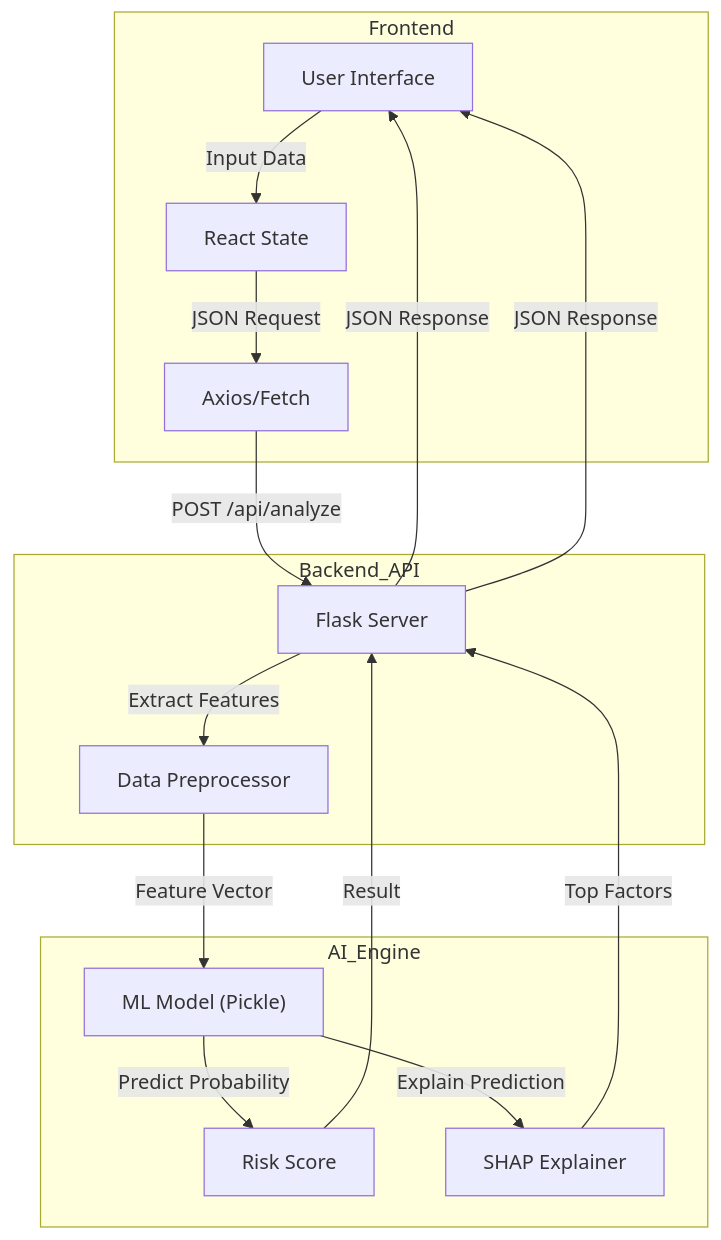
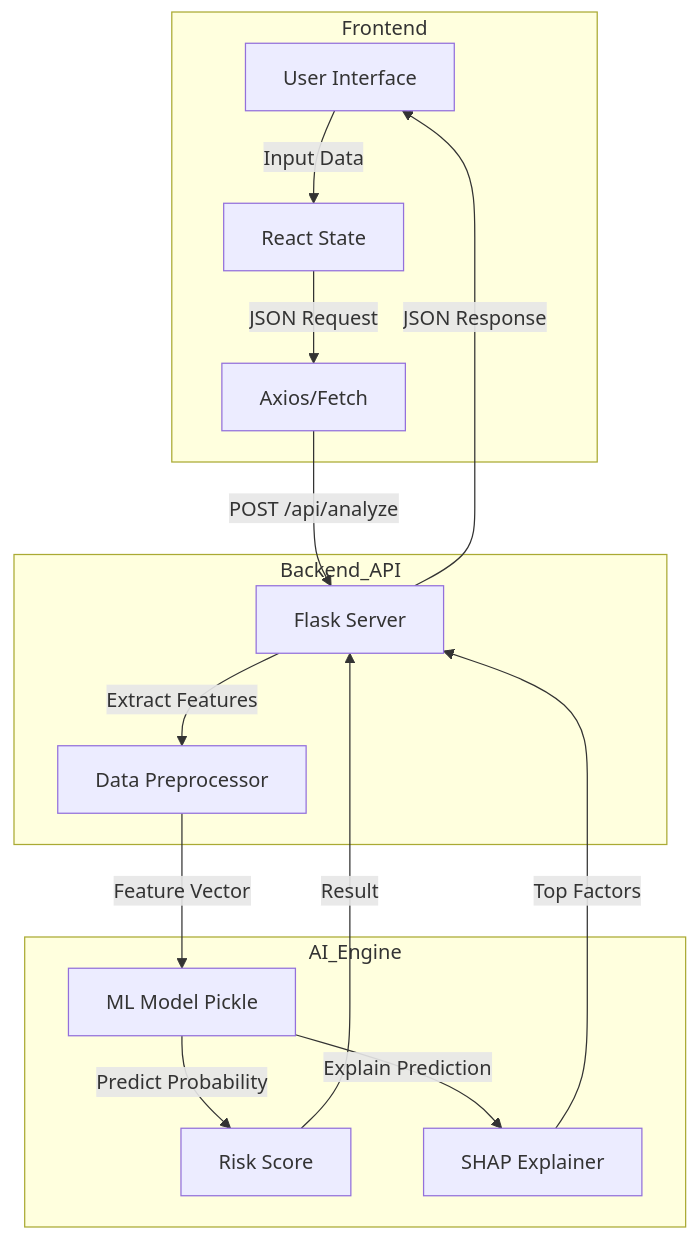
Before and after one commit to EekshaHollaR/Global-Socio-Economic-Dashboard: the fourth of 4 diagrams in PROJECT_REPORT.md, drawn with Mermaid.

Commit message:
Updated report

````diff
--- a/PROJECT_REPORT.md
+++ b/PROJECT_REPORT.md
@@ -186,23 +186,22 @@
 ```mermaid
 graph TD;
     subgraph Frontend
-        UI["User Interface"] -->|Input Data| State["React State"]
-        State -->|JSON Request| API_Client["Axios/Fetch"]
+        UI[User Interface] -->|Input Data| State[React State]
+        State -->|JSON Request| API_Client[Axios/Fetch]
     end
     
     subgraph Backend_API
-        API_Client -->|POST /api/analyze| Flask["Flask Server"]
-        Flask -->|Extract Features| Preprocessor["Data Preprocessor"]
+        API_Client -->|POST /api/analyze| Flask[Flask Server]
+        Flask -->|Extract Features| Preprocessor[Data Preprocessor]
     end
     
     subgraph AI_Engine
-        Preprocessor -->|Feature Vector| Model["ML Model (Pickle)"]
-        Model -->|Predict Probability| Probability["Risk Score"]
-        Model -->|Explain Prediction| SHAP["SHAP Explainer"]
+        Preprocessor -->|Feature Vector| Model[ML Model Pickle]
+        Model -->|Predict Probability| Probability[Risk Score]
+        Model -->|Explain Prediction| SHAP[SHAP Explainer]
     end
     
     Probability -->|Result| Flask
     SHAP -->|Top Factors| Flask
     Flask -->|JSON Response| UI
-    Flask -->|JSON Response| UI
 ```
````
